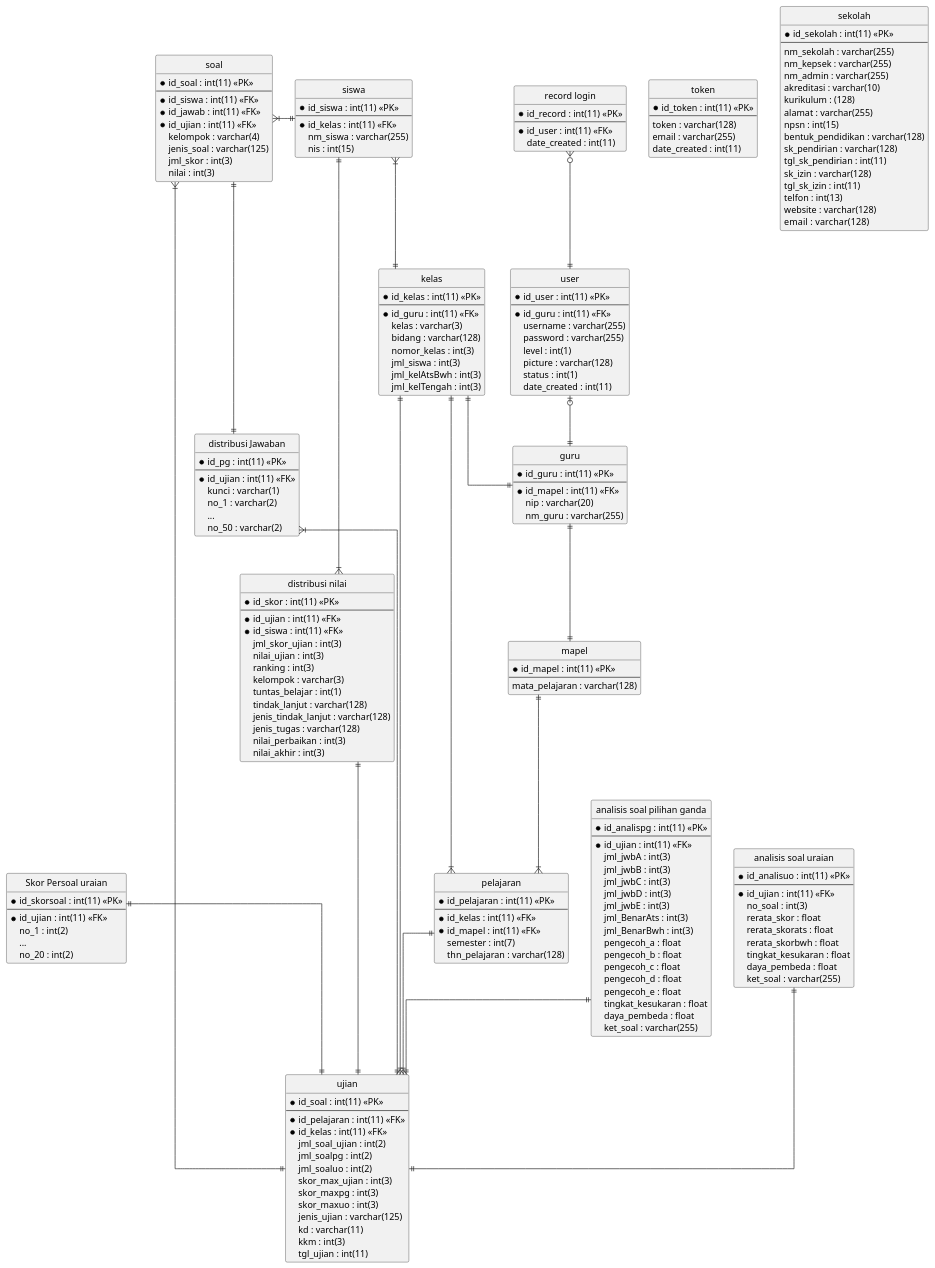
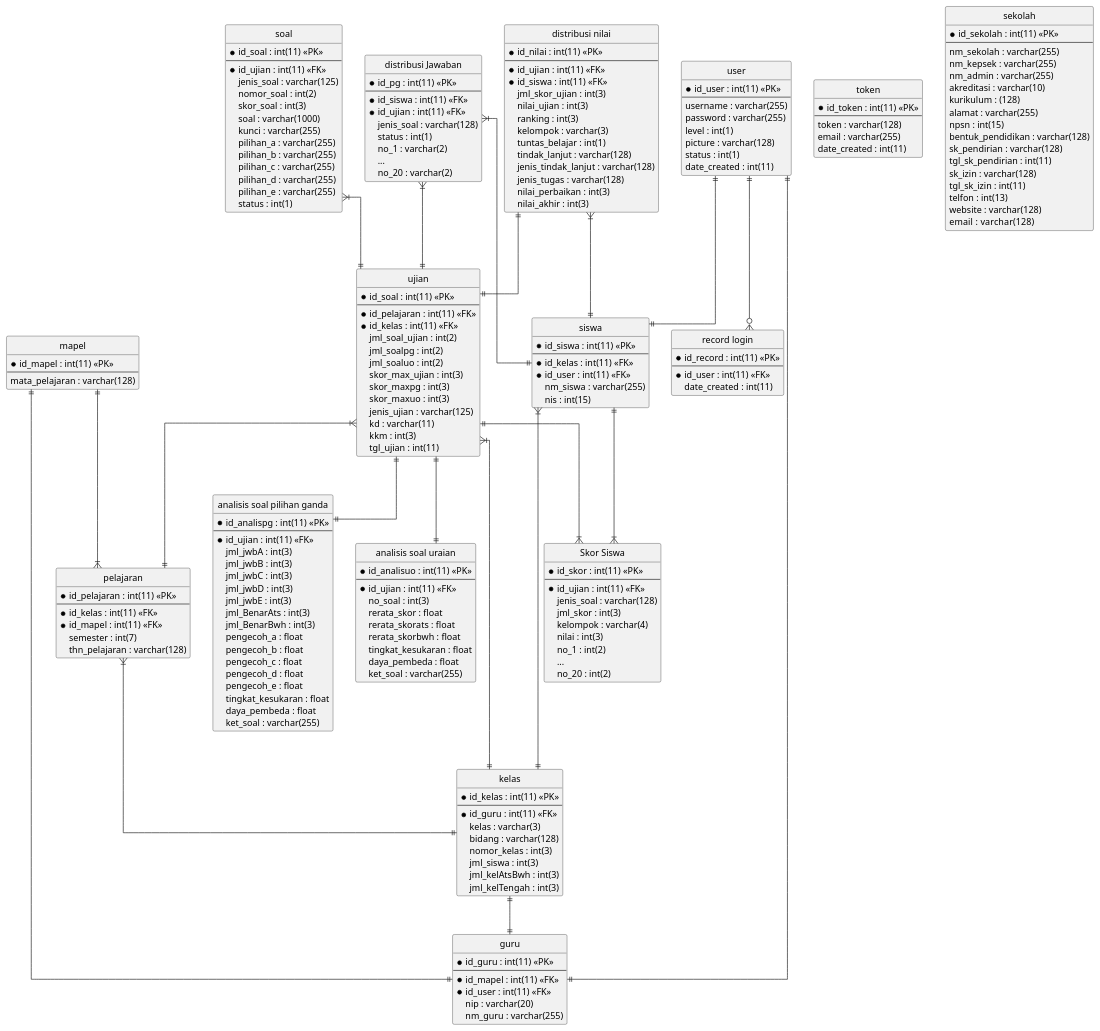
Before and after one commit to arrosyid/SIM-Eval: the diagram in erd-revisi.wsd, drawn with PlantUML.

Commit message:
update new database

```diff
--- a/erd-revisi.wsd
+++ b/erd-revisi.wsd
@@ -8,7 +8,6 @@
 entity "user" as tb_user {
   *id_user : int(11) <<PK>>
   --
-  *id_guru : int(11) <<FK>>
   username : varchar(255)
   password : varchar(255)
   level : int(1)
@@ -28,13 +27,18 @@
 entity "soal" as tb_soal {
   *id_soal : int(11) <<PK>>
   --
-  *id_siswa : int(11) <<FK>>
-  *id_jawab : int(11) <<FK>>
   *id_ujian : int(11) <<FK>>
-kelompok : varchar(4)
   jenis_soal : varchar(125)
-  jml_skor : int(3)
-  nilai : int(3)
+  nomor_soal : int(2)
+  skor_soal : int(3)
+  soal : varchar(1000)
+  kunci : varchar(255)
+  pilihan_a : varchar(255)
+  pilihan_b : varchar(255)
+  pilihan_c : varchar(255)
+  pilihan_d : varchar(255)
+  pilihan_e : varchar(255)
+  status : int(1)
 }
 entity "ujian" as tb_ujian {
   *id_soal : int(11) <<PK>>
@@ -56,6 +60,7 @@
   *id_siswa : int(11) <<PK>>
   --
   *id_kelas : int(11) <<FK>>
+  *id_user : int(11) <<FK>>
   nm_siswa : varchar(255)
   nis : int(15)
 }
@@ -112,11 +117,12 @@
   *id_guru : int(11) <<PK>>
   --
   *id_mapel : int(11) <<FK>>
+  *id_user : int(11) <<FK>>
   nip : varchar(20)
   nm_guru : varchar(255)
 }
 entity "distribusi nilai" as tb_dist_nilai {
-  *id_skor : int(11) <<PK>>
+  *id_nilai : int(11) <<PK>>
   --
   *id_ujian : int(11) <<FK>>
   *id_siswa : int(11) <<FK>>
@@ -134,16 +140,22 @@
 entity "distribusi Jawaban" as tb_dist_jwb {
   *id_pg : int(11) <<PK>>
   --
+  *id_siswa : int(11) <<FK>>
   *id_ujian : int(11) <<FK>>
-  kunci : varchar(1)
+  jenis_soal : varchar(128)
+  status : int(1)
   no_1 : varchar(2)
   ...
-  no_50 : varchar(2)
+  no_20 : varchar(2)
 }
-entity "Skor Persoal uraian" as tb_skor_soaluo {
-  *id_skorsoal : int(11) <<PK>>
+entity "Skor Siswa" as tb_skor {
+  *id_skor : int(11) <<PK>>
   --
   *id_ujian : int(11) <<FK>>
+  jenis_soal : varchar(128)
+  jml_skor : int(3)
+  kelompok : varchar(4)
+  nilai : int(3)
   no_1 : int(2)
   ...
   no_20 : int(2)
@@ -183,22 +195,23 @@
 }
 
 
+tb_user ||--|| tb_guru
+tb_user ||--|| tb_siswa
+tb_record_login }o-up-|| tb_user
 tb_siswa }|--|| tb_kelas
 tb_kelas ||--|| tb_guru
-tb_guru ||--|| tb_mapel
-tb_record_login }o--|| tb_user
-tb_user |o--|| tb_guru
+tb_guru ||-up-|| tb_mapel 
 r_pelajaran }|-up-|| tb_mapel
 r_pelajaran }|--|| tb_kelas
-tb_ujian }|-up-|| r_pelajaran
+tb_ujian }|--|| r_pelajaran
 tb_ujian }|--|| tb_kelas
-tb_ujian ||-up-|| tb_skor_soaluo
+tb_ujian ||--|{ tb_skor
+tb_siswa ||--|{ tb_skor
 tb_soal }|--|| tb_ujian
-tb_soal ||--|| tb_dist_jwb
 tb_dist_nilai ||--|| tb_ujian
 tb_dist_jwb }|--|| tb_ujian
-tb_dist_nilai }|-up-|| tb_siswa
-tb_soal }|-right-|| tb_siswa
-tb_analis_soalpg ||--|| tb_ujian
-tb_analis_soaluo ||--|| tb_ujian
+tb_dist_nilai }|--|| tb_siswa
+tb_dist_jwb }|--|| tb_siswa
+tb_analis_soalpg ||-up-|| tb_ujian
+tb_analis_soaluo ||-up-|| tb_ujian
 @enduml
```
